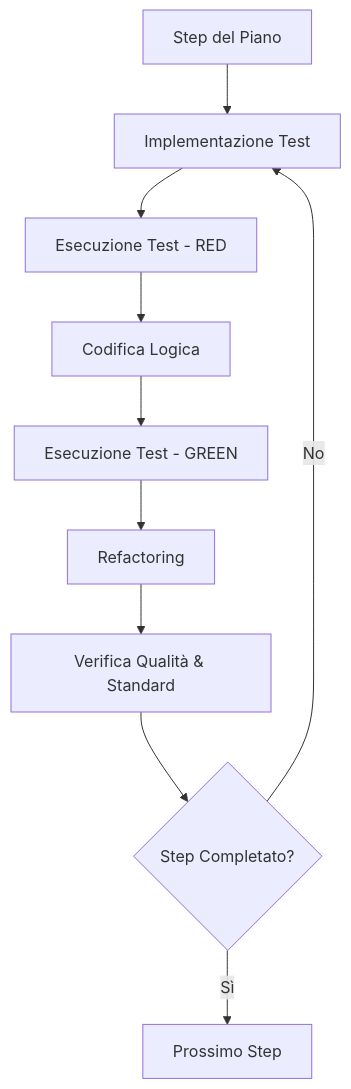
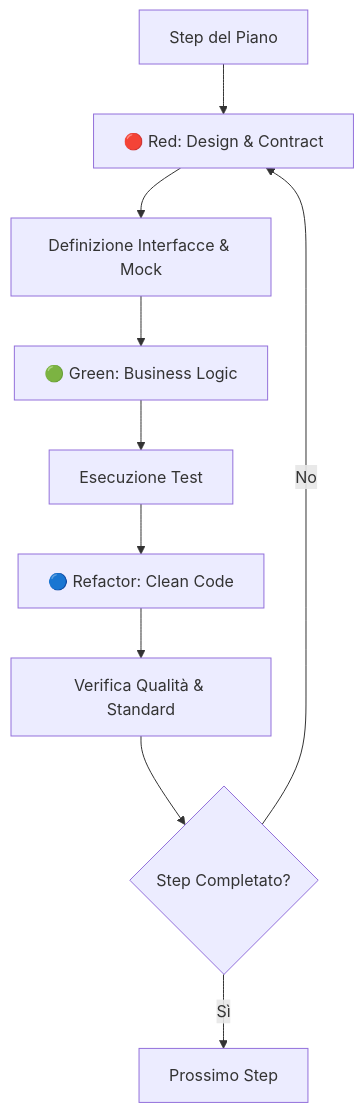
One commit to federicoferrulli/agents-antigravity changed the diagram in .agents/workflows/execution.md. Above: the diagram before and after it, drawn with Mermaid. The commit also changed other lines of this file and 17 other files, not shown here.

````diff
--- a/.agents/workflows/execution.md
+++ b/.agents/workflows/execution.md
@@ -18,12 +18,12 @@
 ```mermaid
 graph TD
-    A[Step del Piano] --> B[Implementazione Test]
-    B --> C[Esecuzione Test - RED]
-    C --> D[Codifica Logica]
-    D --> E[Esecuzione Test - GREEN]
-    E --> F[Refactoring]
+    A[Step del Piano] --> B[🔴 Red: Design & Contract]
+    B --> C[Definizione Interfacce & Mock]
+    C --> D[🟢 Green: Business Logic]
+    D --> E[Esecuzione Test]
+    E --> F[🔵 Refactor: Clean Code]
     F --> G[Verifica Qualità & Standard]
     G --> H{Step Completato?}
     H -- Sì --> I[Prossimo Step]
     H -- No --> B
 ```
````
